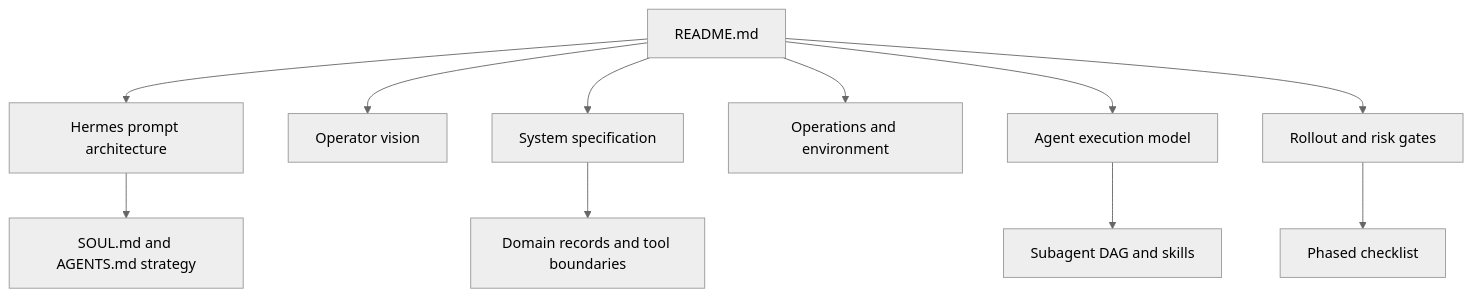
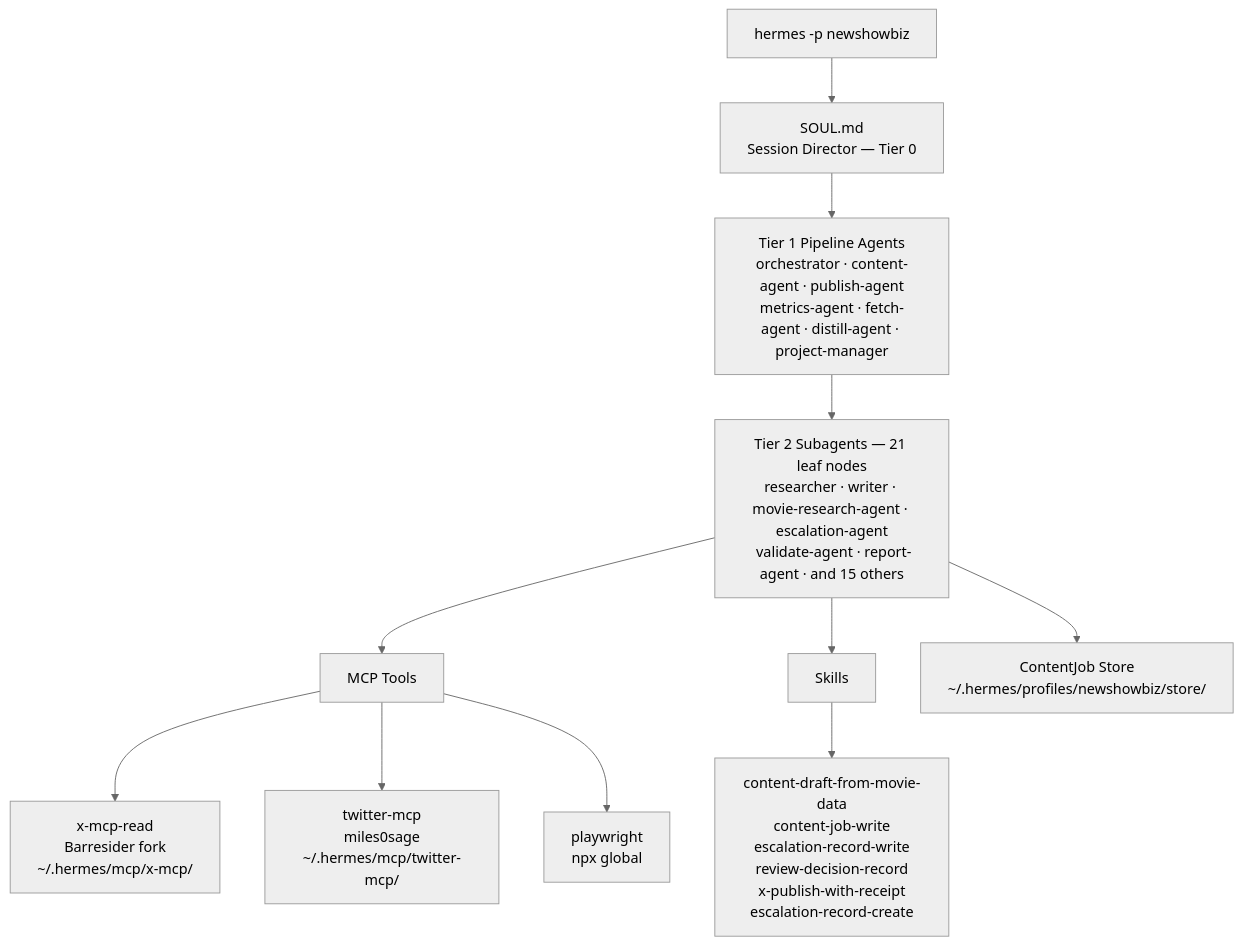
The diagram in README.md (St-Expedite-Press/no-hay-banda), drawn with Mermaid (neutral theme) before and after one commit. The commit also changed other lines of this file and 2 other files, not shown here.

First line of the commit message:
Comprehensive docs rewrite — full hacked Hermes instance documentation

````diff
--- a/README.md
+++ b/README.md
@@ -7,13 +31,13 @@
 ```mermaid
 flowchart TD
-    A[README.md] --> B[Hermes prompt architecture]
-    A --> C[Operator vision]
-    A --> D[System specification]
-    A --> E[Operations and environment]
-    A --> F[Agent execution model]
-    A --> G[Rollout and risk gates]
-    B --> H[SOUL.md and AGENTS.md strategy]
-    D --> I[Domain records and tool boundaries]
-    F --> J[Subagent DAG and skills]
-    G --> K[Phased checklist]
+    A[hermes -p newshowbiz] --> B[SOUL.md\nSession Director — Tier 0]
+    B --> C[Tier 1 Pipeline Agents\norchestrator · content-agent · publish-agent\nmetrics-agent · fetch-agent · distill-agent · project-manager]
+    C --> D[Tier 2 Subagents — 21 leaf nodes\nresearcher · writer · movie-research-agent · escalation-agent\n validate-agent · report-agent · and 15 others]
+    D --> E[MCP Tools]
+    E --> F[x-mcp-read\nBarresider fork\n~/.hermes/mcp/x-mcp/]
+    E --> G[twitter-mcp\nmiles0sage\n~/.hermes/mcp/twitter-mcp/]
+    E --> H[playwright\nnpx global]
+    D --> I[Skills]
+    I --> J[content-draft-from-movie-data\ncontent-job-write\nescalation-record-write\nreview-decision-record\nx-publish-with-receipt\nescalation-record-create]
+    D --> K[ContentJob Store\n~/.hermes/profiles/newshowbiz/store/]
 ```
````
